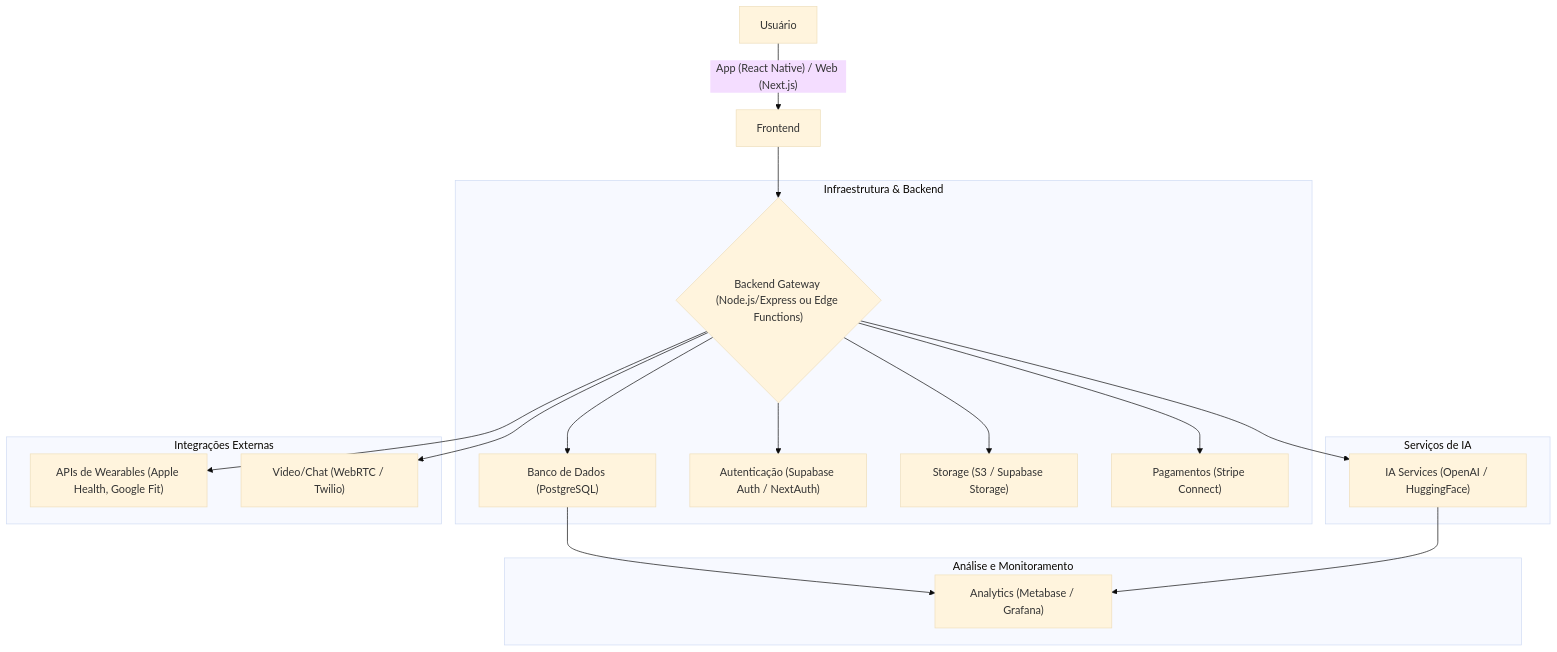
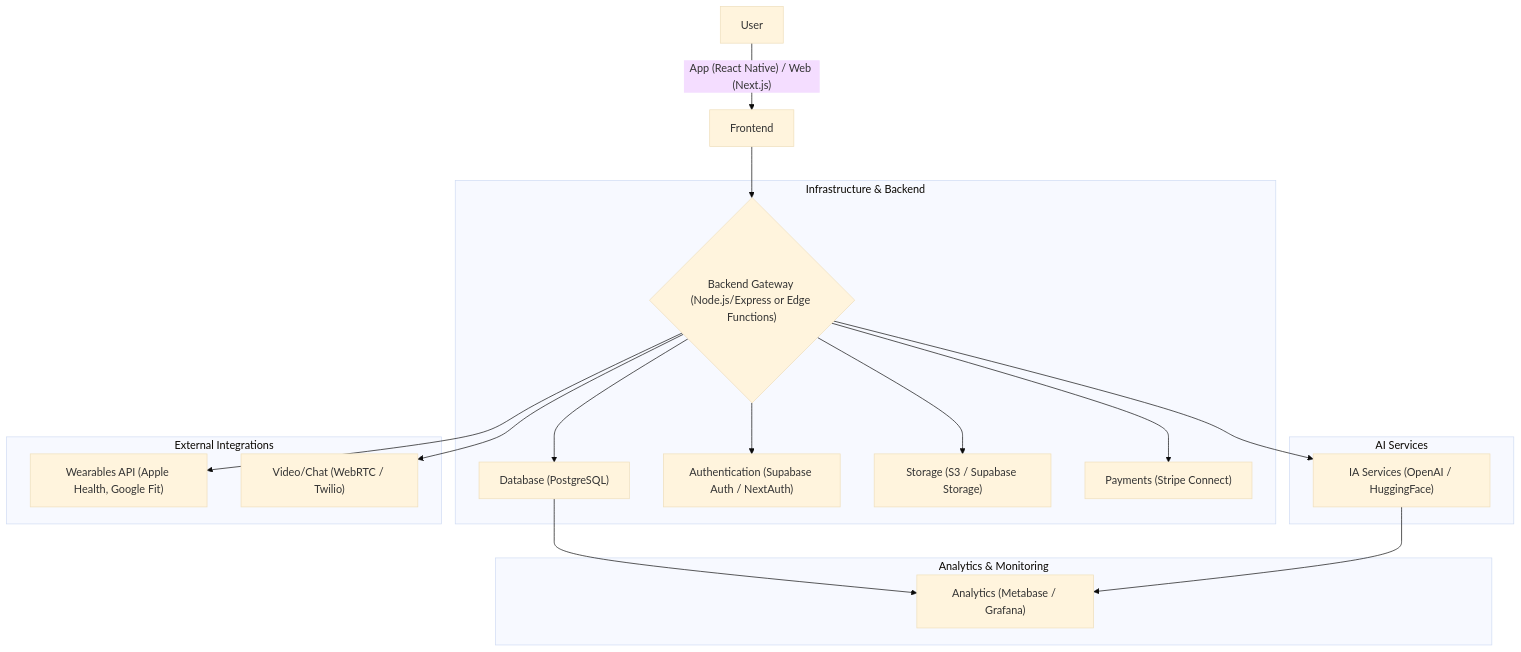
One commit to Coffee-System/nutrizen changed the diagram in docs/ARCHITECTURE.md. Above: the diagram before and after it, drawn with Mermaid (base theme). The commit also changed other lines of this file, not shown here.

````diff
--- a/docs/ARCHITECTURE.md
+++ b/docs/ARCHITECTURE.md
@@ -17,26 +17,26 @@
 ```mermaid
 graph TD
-    A[Usuário] -->|"App (React Native) / Web (Next.js)"| B[Frontend]
-    B --> C{"Backend Gateway (Node.js/Express ou Edge Functions)"}
+    A[User] -->|"App (React Native) / Web (Next.js)"| B[Frontend]
+    B --> C{"Backend Gateway (Node.js/Express or Edge Functions)"}
     
-    subgraph "Infraestrutura & Backend"
-        C --> D["Banco de Dados (PostgreSQL)"]
-        C --> G["Autenticação (Supabase Auth / NextAuth)"]
+    subgraph "Infrastructure & Backend"
+        C --> D["Database (PostgreSQL)"]
+        C --> G["Authentication (Supabase Auth / NextAuth)"]
         C --> F["Storage (S3 / Supabase Storage)"]
-        C --> K["Pagamentos (Stripe Connect)"]
+        C --> K["Payments (Stripe Connect)"]
     end
 
-    subgraph "Serviços de IA"
+    subgraph "AI Services"
         C --> E["IA Services (OpenAI / HuggingFace)"]
     end
 
-    subgraph "Integrações Externas"
-        C --> H["APIs de Wearables (Apple Health, Google Fit)"]
+    subgraph "External Integrations"
+        C --> H["Wearables API (Apple Health, Google Fit)"]
         C --> I["Video/Chat (WebRTC / Twilio)"]
     end
 
-    subgraph "Análise e Monitoramento"
+    subgraph "Analytics & Monitoring"
         D --> J["Analytics (Metabase / Grafana)"]
         E --> J
     end
 ```
````
